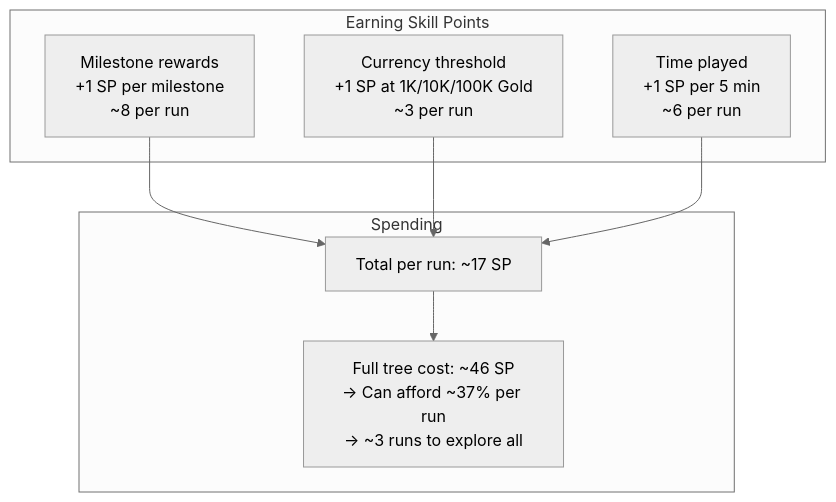
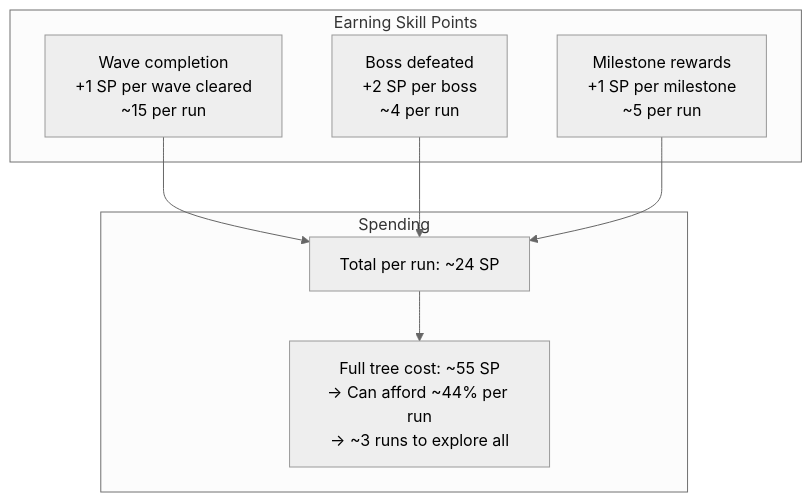
Before and after one commit to J-Gierend/gamePocGen: the second of 3 diagrams in prompts/phase2-gdd/skill-tree.md, drawn with Mermaid (neutral theme). The commit also changed other lines of this file and 9 other files, not shown here.

````diff
--- a/prompts/phase2-gdd/skill-tree.md
+++ b/prompts/phase2-gdd/skill-tree.md
@@ -135,16 +114,16 @@
 ```mermaid
 graph TD
     subgraph "Earning Skill Points"
-        Src1["Milestone rewards\n+1 SP per milestone\n~8 per run"]
-        Src2["Currency threshold\n+1 SP at 1K/10K/100K Gold\n~3 per run"]
-        Src3["Time played\n+1 SP per 5 min\n~6 per run"]
+        Src1["Wave completion\n+1 SP per wave cleared\n~15 per run"]
+        Src2["Boss defeated\n+2 SP per boss\n~4 per run"]
+        Src3["Milestone rewards\n+1 SP per milestone\n~5 per run"]
     end
     subgraph "Spending"
-        Total["Total per run: ~17 SP"]
-        TreeCost["Full tree cost: ~46 SP\n→ Can afford ~37% per run\n→ ~3 runs to explore all"]
+        Total["Total per run: ~24 SP"]
+        TreeCost["Full tree cost: ~55 SP\n→ Can afford ~44% per run\n→ ~3 runs to explore all"]
     end
     Src1 --> Total
     Src2 --> Total
     Src3 --> Total
     Total --> TreeCost
 ```
````
